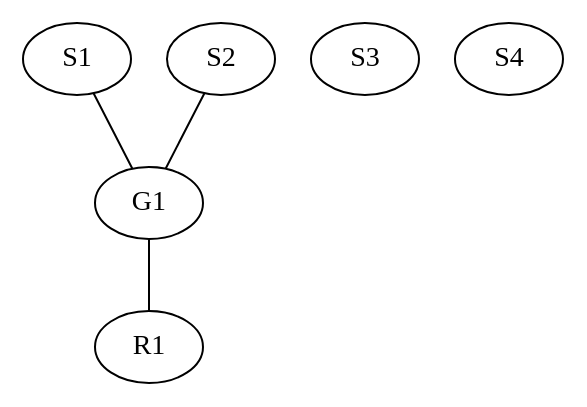
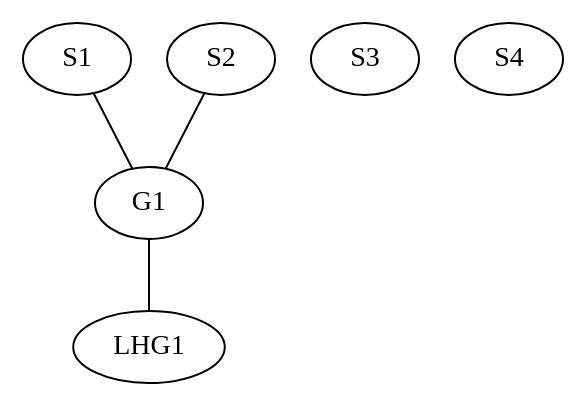
The diagram in report/fig/labgroup/slack_add_1.dot (water/resources), drawn with Graphviz before and after one commit. The commit also changed 21 other files, not shown here.

Commit message:
R --> LHG in labgroup diagrams

```diff
--- a/report/fig/labgroup/slack_add_1.dot
+++ b/report/fig/labgroup/slack_add_1.dot
@@ -1,7 +1,7 @@
 graph G {
   S1 -- G1
   S2 -- G1
-  G1 -- R1
+  G1 -- LHG1
   S3
   S4
 }
```
